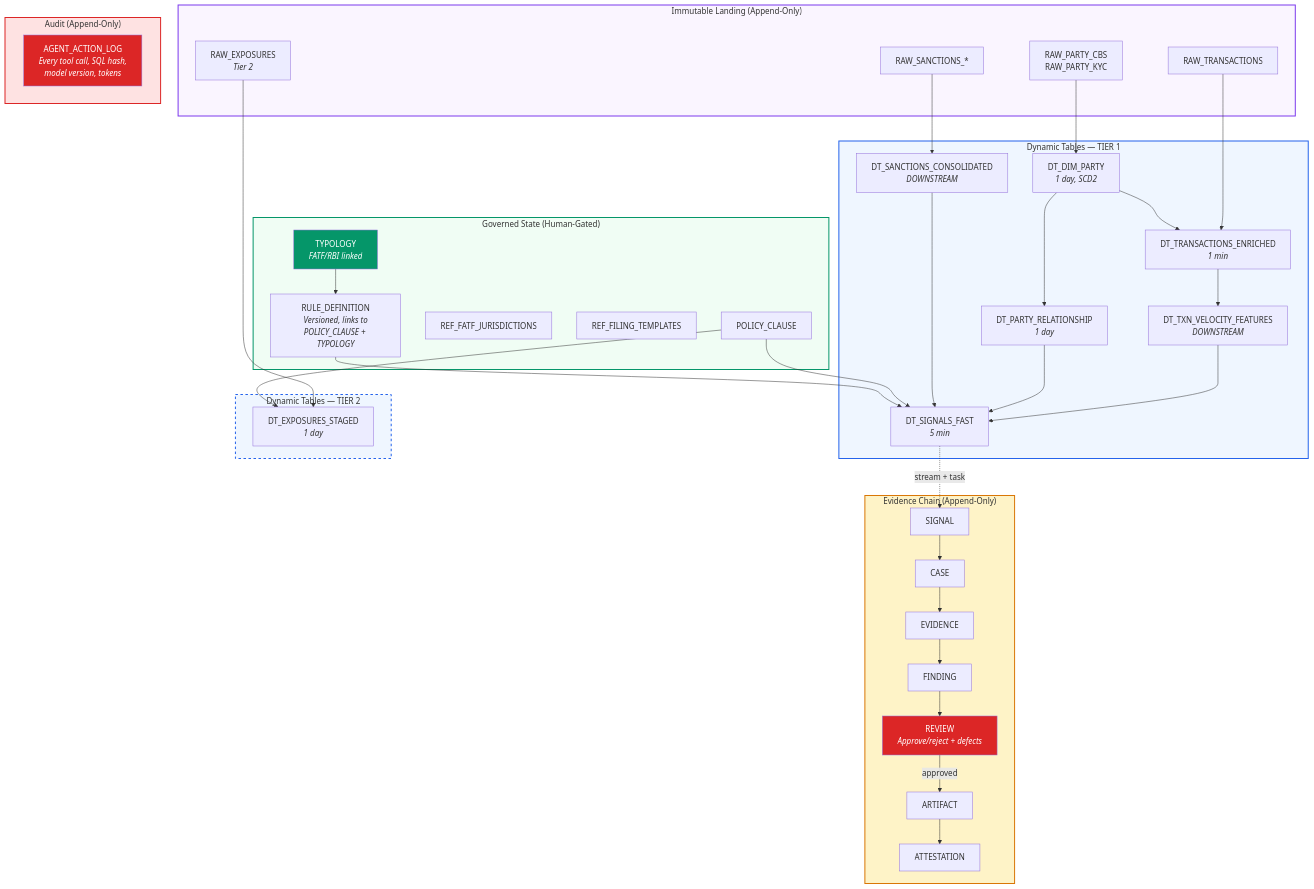
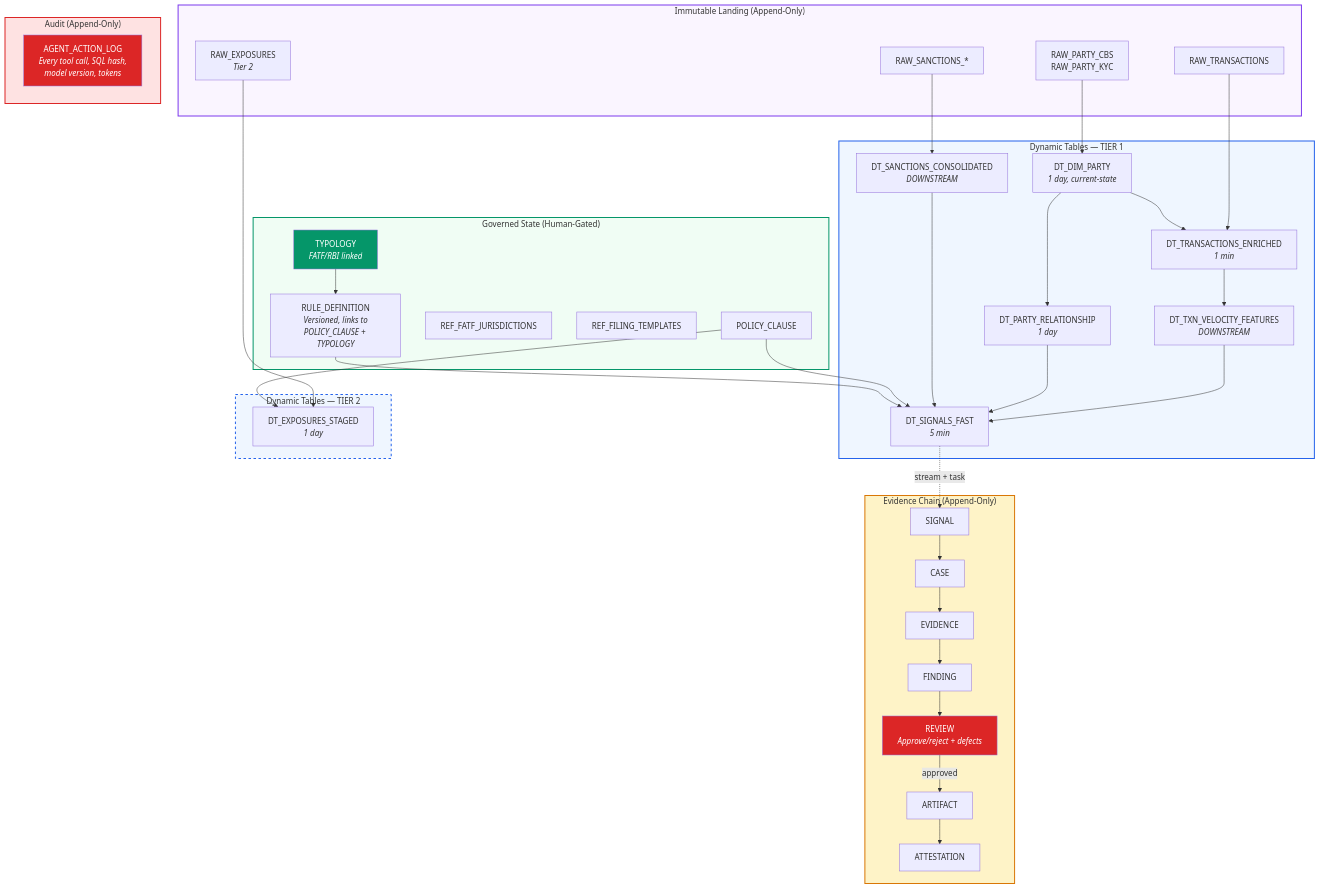
Diagram 15 of 18 in docs/enhanced-architecture-diagrams.md (AbhaBarge/RiskRemoved_Snowflake), drawn with Mermaid before and after one commit. The commit also changed other lines of this file and 4 other files, not shown here.

````diff
--- a/docs/enhanced-architecture-diagrams.md
+++ b/docs/enhanced-architecture-diagrams.md
@@ -886,68 +904,68 @@
 ```mermaid
 flowchart TB
     subgraph IMMUTABLE["Immutable Landing (Append-Only)"]
         RT["RAW_TRANSACTIONS"]
         RE["RAW_EXPOSURES<br/><i>Tier 2</i>"]
         RS["RAW_SANCTIONS_*"]
         RP["RAW_PARTY_CBS<br/>RAW_PARTY_KYC"]
     end
 
     subgraph DYN_T1["Dynamic Tables — TIER 1"]
         DTE["DT_TRANSACTIONS_ENRICHED<br/><i>1 min</i>"]
         DTV["DT_TXN_VELOCITY_FEATURES<br/><i>DOWNSTREAM</i>"]
         DTS["DT_SIGNALS_FAST<br/><i>5 min</i>"]
-        DTP["DT_DIM_PARTY<br/><i>1 day, SCD2</i>"]
+        DTP["DT_DIM_PARTY<br/><i>1 day, current-state</i>"]
         DTR["DT_PARTY_RELATIONSHIP<br/><i>1 day</i>"]
         DTSC["DT_SANCTIONS_CONSOLIDATED<br/><i>DOWNSTREAM</i>"]
     end
 
     subgraph DYN_T2["Dynamic Tables — TIER 2"]
         DTEX["DT_EXPOSURES_STAGED<br/><i>1 day</i>"]
     end
 
     subgraph GOVERNED["Governed State (Human-Gated)"]
         PC["POLICY_CLAUSE"]
         RF["REF_FATF_JURISDICTIONS"]
         FT["REF_FILING_TEMPLATES"]
         TY["TYPOLOGY<br/><i>FATF/RBI linked</i>"]
         RD["RULE_DEFINITION<br/><i>Versioned, links to<br/>POLICY_CLAUSE + TYPOLOGY</i>"]
     end
 
     subgraph EVIDENCE_CHAIN["Evidence Chain (Append-Only)"]
         SIG["SIGNAL"]
         CAS["CASE"]
         EVI["EVIDENCE"]
         FIN["FINDING"]
         REV["REVIEW<br/><i>Approve/reject + defects</i>"]
         ART["ARTIFACT"]
         ATT["ATTESTATION"]
     end
 
     subgraph AUDIT["Audit (Append-Only)"]
         AAL["AGENT_ACTION_LOG<br/><i>Every tool call, SQL hash,<br/>model version, tokens</i>"]
     end
 
     RT --> DTE --> DTV --> DTS
     RP --> DTP --> DTE
     DTP --> DTR --> DTS
     RS --> DTSC --> DTS
     RE --> DTEX
     PC --> DTS
     PC --> DTEX
     RD --> DTS
     TY --> RD
 
     DTS -.->|"stream + task"| SIG
     SIG --> CAS --> EVI --> FIN --> REV
     REV -->|"approved"| ART --> ATT
 
     style IMMUTABLE fill:#faf5ff,stroke:#7c3aed,stroke-width:2px
     style DYN_T1 fill:#eff6ff,stroke:#2563eb,stroke-width:2px
     style DYN_T2 fill:#eff6ff,stroke:#2563eb,stroke-width:2px,stroke-dasharray: 5 5
     style GOVERNED fill:#f0fdf4,stroke:#059669,stroke-width:2px
     style EVIDENCE_CHAIN fill:#fef3c7,stroke:#d97706,stroke-width:2px
     style AUDIT fill:#fee2e2,stroke:#dc2626,stroke-width:2px
     style AAL fill:#dc2626,color:#fff
     style REV fill:#dc2626,color:#fff
     style TY fill:#059669,color:#fff
 ```
````
